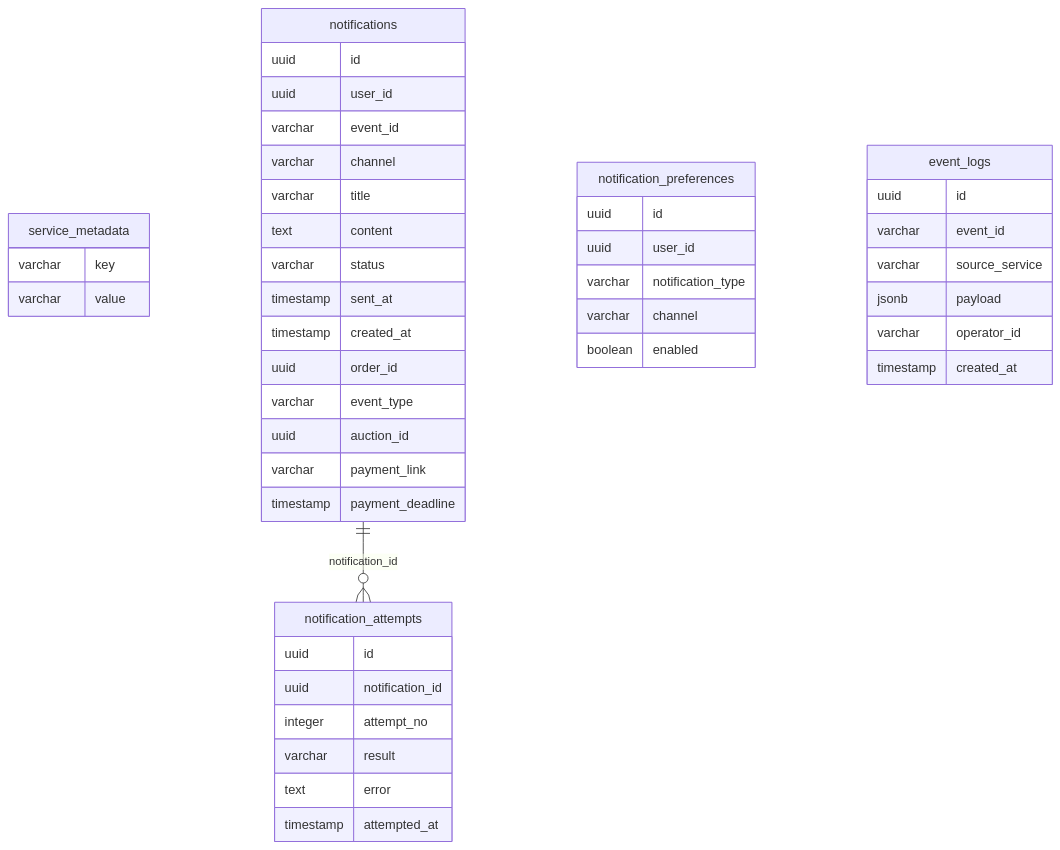
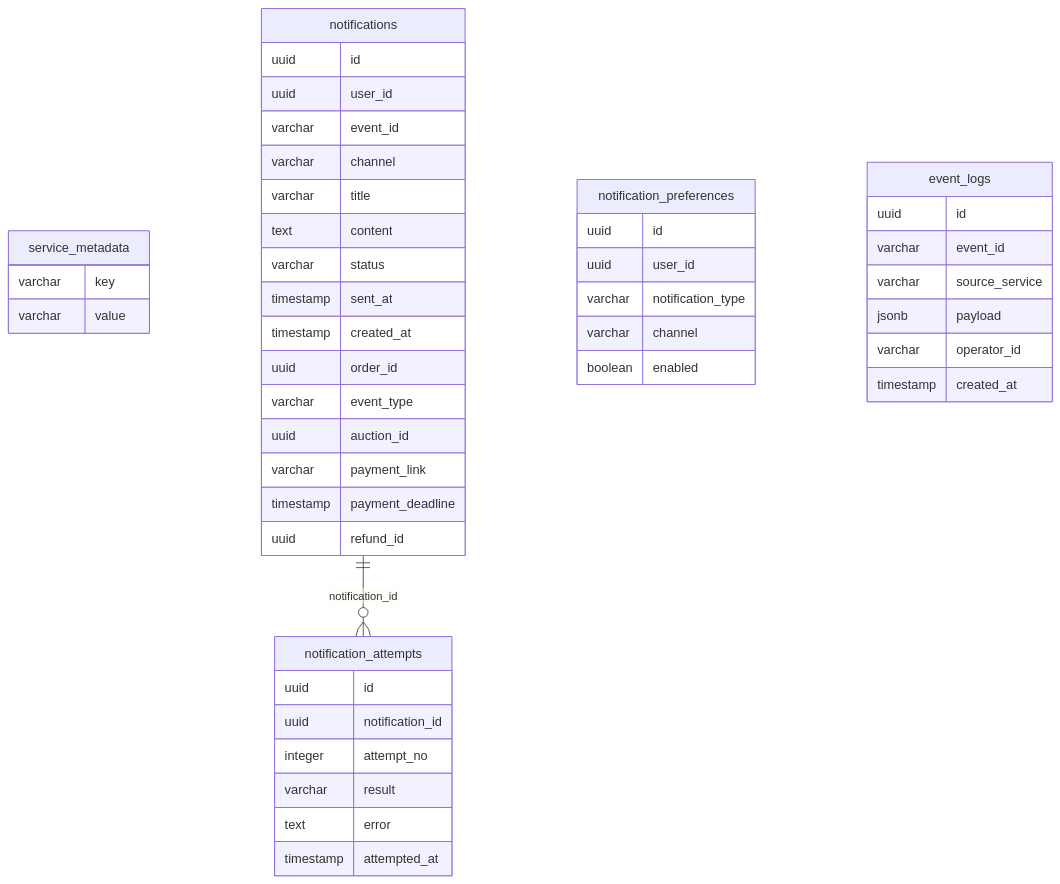
Before and after one commit to harry-leon/e-commerce-auction: the sixth of 7 diagrams in docs/database/ERD.md, drawn with Mermaid. The commit also changed other lines of this file, not shown here.

First line of the commit message:
docs: regenerate database ERD from Flyway migrations

````diff
--- a/docs/database/ERD.md
+++ b/docs/database/ERD.md
@@ -440,47 +661,48 @@
 ```mermaid
 erDiagram
   service_metadata {
     varchar key
     varchar value
   }
   notifications {
     uuid id
     uuid user_id
     varchar event_id
     varchar channel
     varchar title
     text content
     varchar status
     timestamp sent_at
     timestamp created_at
     uuid order_id
     varchar event_type
     uuid auction_id
     varchar payment_link
     timestamp payment_deadline
+    uuid refund_id
   }
   notification_attempts {
     uuid id
     uuid notification_id
     integer attempt_no
     varchar result
     text error
     timestamp attempted_at
   }
   notification_preferences {
     uuid id
     uuid user_id
     varchar notification_type
     varchar channel
     boolean enabled
   }
   event_logs {
     uuid id
     varchar event_id
     varchar source_service
     jsonb payload
     varchar operator_id
     timestamp created_at
   }
   notifications ||--o{ notification_attempts : notification_id
 ```
````
